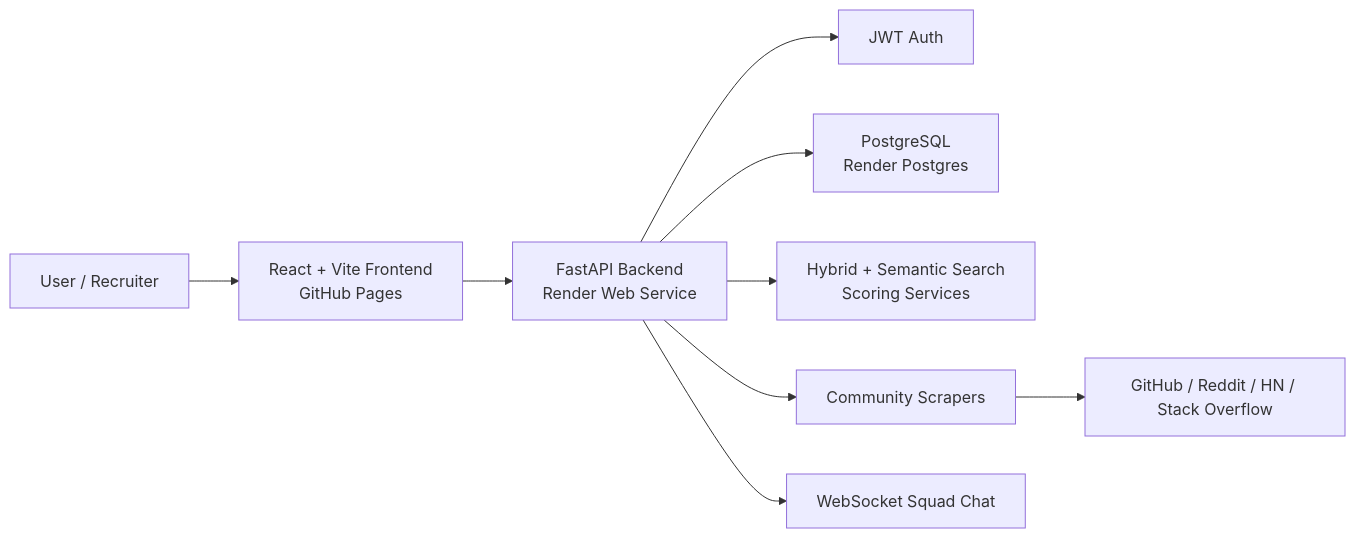
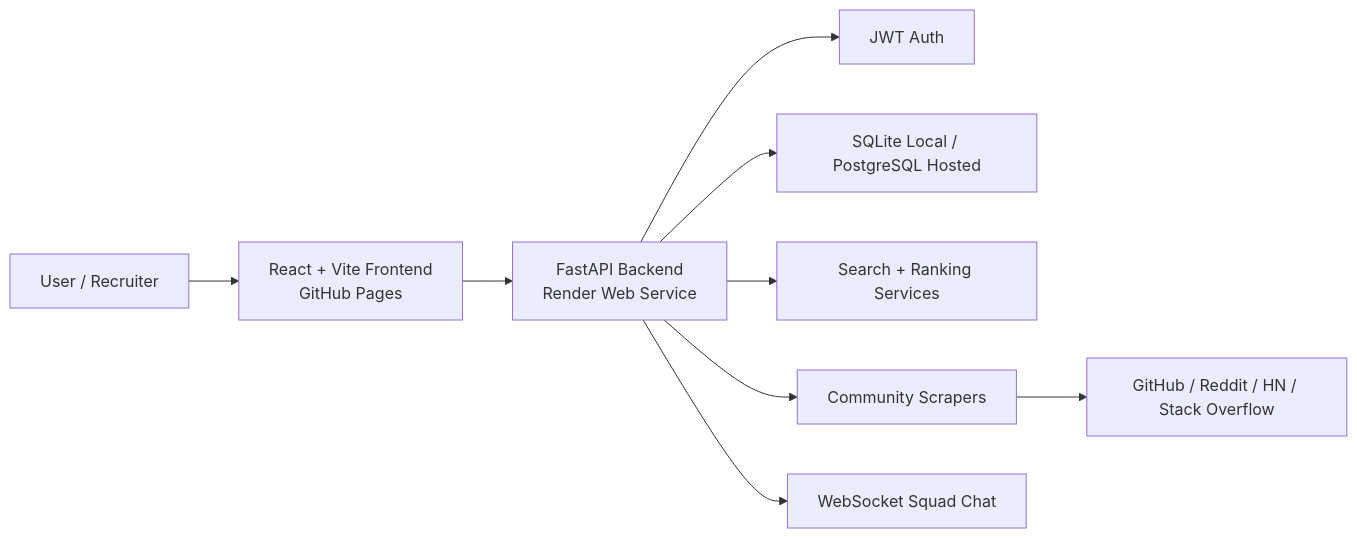
The diagram in README.md (Varsha620/SolveStack-final), drawn with Mermaid before and after one commit. The commit also changed other lines of this file, not shown here.

````diff
--- a/README.md
+++ b/README.md
@@ -67,11 +72,11 @@
 ```mermaid
 flowchart LR
     User["User / Recruiter"] --> Frontend["React + Vite Frontend\nGitHub Pages"]
     Frontend --> API["FastAPI Backend\nRender Web Service"]
     API --> Auth["JWT Auth"]
-    API --> DB["PostgreSQL\nRender Postgres"]
-    API --> Search["Hybrid + Semantic Search\nScoring Services"]
+    API --> DB["SQLite Local / PostgreSQL Hosted"]
+    API --> Search["Search + Ranking Services"]
     API --> Scrapers["Community Scrapers"]
     API --> WS["WebSocket Squad Chat"]
     Scrapers --> Sources["GitHub / Reddit / HN / Stack Overflow"]
 ```
````
